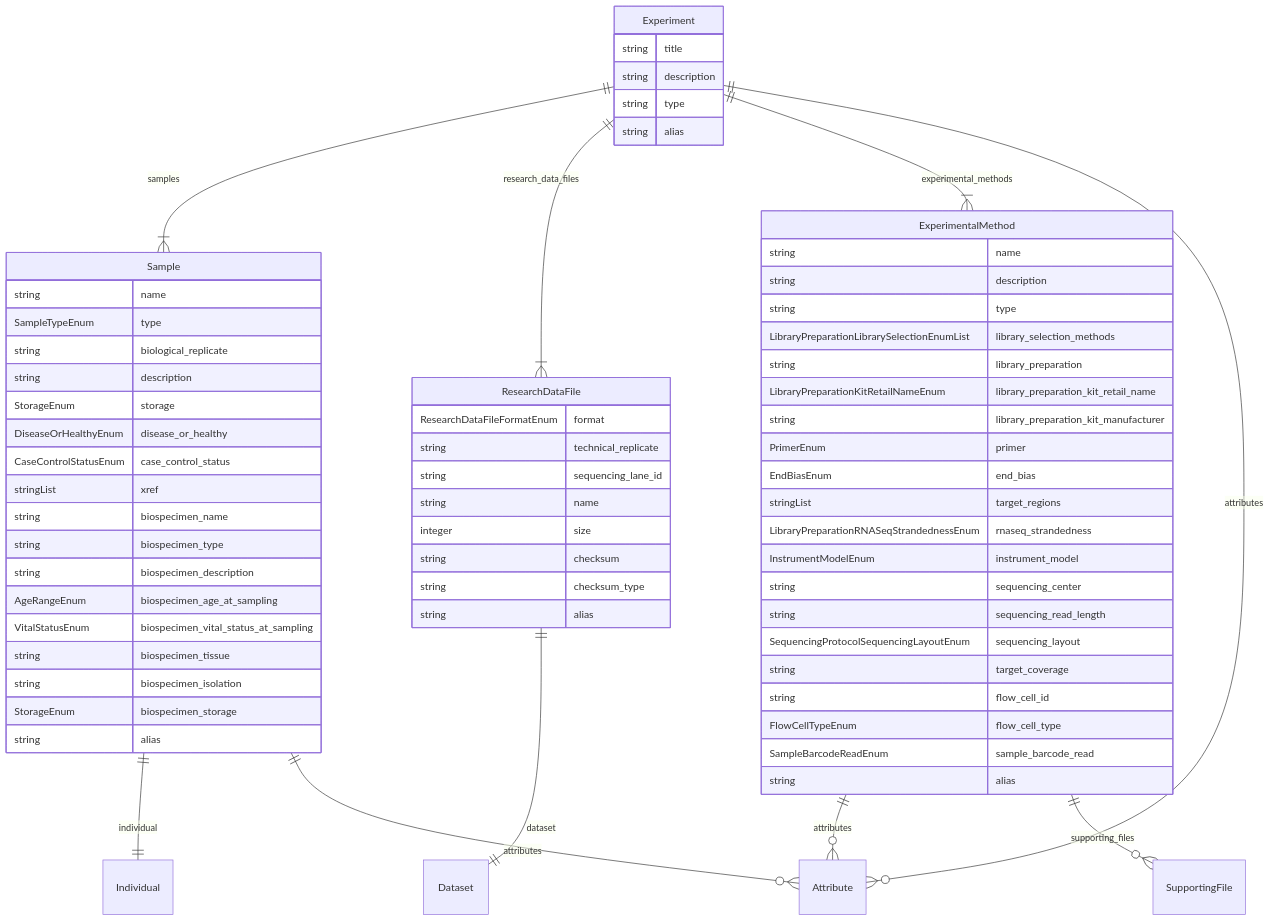
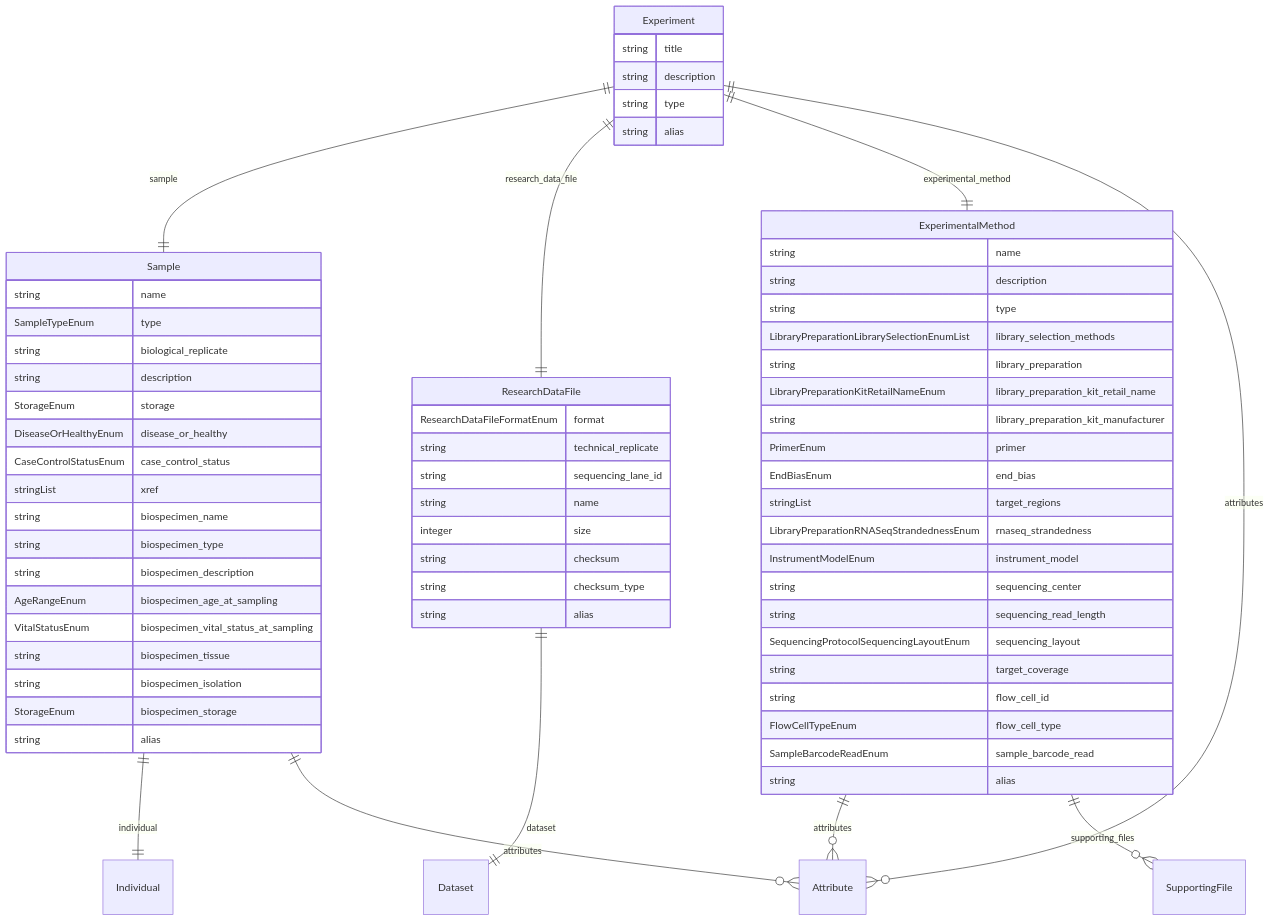
Before and after one commit to ghga-de/ghga-metadata-schema: the fifth of 5 diagrams in docs/entity_relations.md, drawn with Mermaid. The commit also changed other lines of this file and 44 other files, not shown here.

````diff
--- a/docs/entity_relations.md
+++ b/docs/entity_relations.md
@@ -196,71 +196,71 @@
 ```mermaid
 erDiagram
 ExperimentalMethod {
     string name  
     string description  
     string type  
     LibraryPreparationLibrarySelectionEnumList library_selection_methods  
     string library_preparation  
     LibraryPreparationKitRetailNameEnum library_preparation_kit_retail_name  
     string library_preparation_kit_manufacturer  
     PrimerEnum primer  
     EndBiasEnum end_bias  
     stringList target_regions  
     LibraryPreparationRNASeqStrandednessEnum rnaseq_strandedness  
     InstrumentModelEnum instrument_model  
     string sequencing_center  
     string sequencing_read_length  
     SequencingProtocolSequencingLayoutEnum sequencing_layout  
     string target_coverage  
     string flow_cell_id  
     FlowCellTypeEnum flow_cell_type  
     SampleBarcodeReadEnum sample_barcode_read  
     string alias  
 }
 ResearchDataFile {
     ResearchDataFileFormatEnum format  
     string technical_replicate  
     string sequencing_lane_id  
     string name  
     integer size  
     string checksum  
     string checksum_type  
     string alias  
 }
 Sample {
     string name  
     SampleTypeEnum type  
     string biological_replicate  
     string description  
     StorageEnum storage  
     DiseaseOrHealthyEnum disease_or_healthy  
     CaseControlStatusEnum case_control_status  
     stringList xref  
     string biospecimen_name  
     string biospecimen_type  
     string biospecimen_description  
     AgeRangeEnum biospecimen_age_at_sampling  
     VitalStatusEnum biospecimen_vital_status_at_sampling  
     string biospecimen_tissue  
     string biospecimen_isolation  
     StorageEnum biospecimen_storage  
     string alias  
 }
 Experiment {
     string title  
     string description  
     string type  
     string alias  
 }
 
 ExperimentalMethod ||--}o Attribute : "attributes"
 ExperimentalMethod ||--}o SupportingFile : "supporting_files"
 ResearchDataFile ||--|| Dataset : "dataset"
 Sample ||--|| Individual : "individual"
 Sample ||--}o Attribute : "attributes"
-Experiment ||--}| Sample : "samples"
-Experiment ||--}| ResearchDataFile : "research_data_files"
-Experiment ||--}| ExperimentalMethod : "experimental_methods"
+Experiment ||--|| Sample : "sample"
+Experiment ||--|| ResearchDataFile : "research_data_file"
+Experiment ||--|| ExperimentalMethod : "experimental_method"
 Experiment ||--}o Attribute : "attributes"
 
 ```
````
